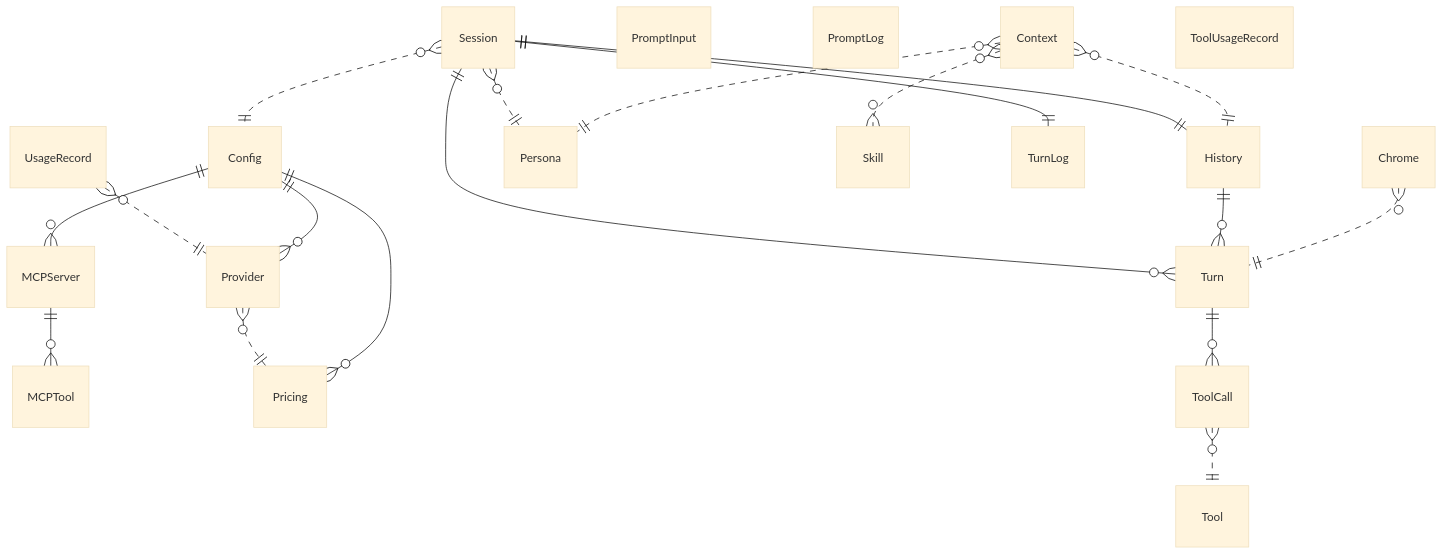
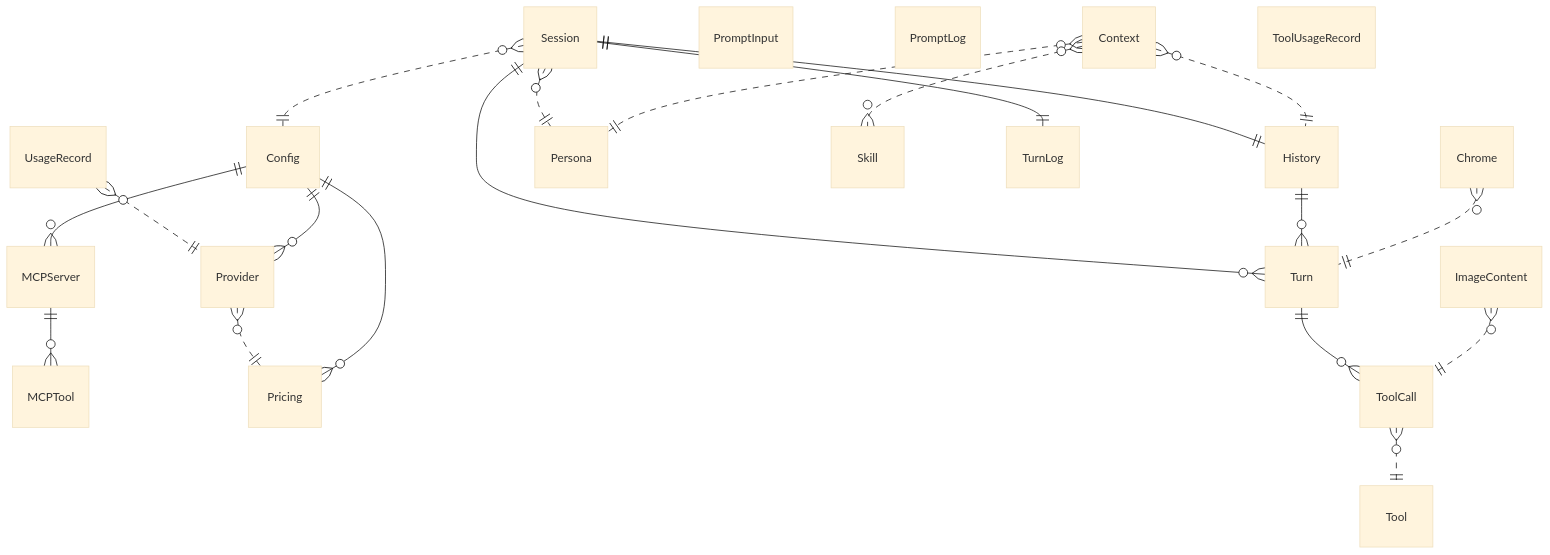
The diagram in docs/domain-model/tellme.modelith.md (gosharplite/tellme), drawn with Mermaid (base theme) before and after one commit. The commit also changed other lines of this file and 20 other files, not shown here.

Commit message:
feat(062): agent image vision — read_image tool + VISION capability + inline image on the OpenAI-compatible wire (T001-T035; ADR 0032)

````diff
--- a/docs/domain-model/tellme.modelith.md
+++ b/docs/domain-model/tellme.modelith.md
@@ -358,40 +382,42 @@
 ```mermaid
 erDiagram
     Chrome {}
     Config {}
     Context {}
     History {}
+    ImageContent {}
     MCPServer {}
     MCPTool {}
     Persona {}
     Pricing {}
     PromptInput {}
     PromptLog {}
     Provider {}
     Session {}
     Skill {}
     Tool {}
     ToolCall {}
     ToolUsageRecord {}
     Turn {}
     TurnLog {}
     UsageRecord {}
     Chrome }o..|| Turn : ""
     Config ||--o{ Provider : ""
     Config ||--o{ Pricing : ""
     Config ||--o{ MCPServer : ""
     Context }o..|| Persona : ""
     Context }o..o{ Skill : ""
     Context }o..|| History : ""
     History ||--o{ Turn : ""
+    ImageContent }o..|| ToolCall : ""
     MCPServer ||--o{ MCPTool : ""
     Provider }o..|| Pricing : ""
     Session ||--o{ Turn : ""
     Session ||--|| History : ""
     Session ||--|| TurnLog : ""
     Session }o..|| Persona : ""
     Session }o..|| Config : ""
     ToolCall }o..|| Tool : ""
     Turn ||--o{ ToolCall : ""
     UsageRecord }o..|| Provider : ""
 ```
````
